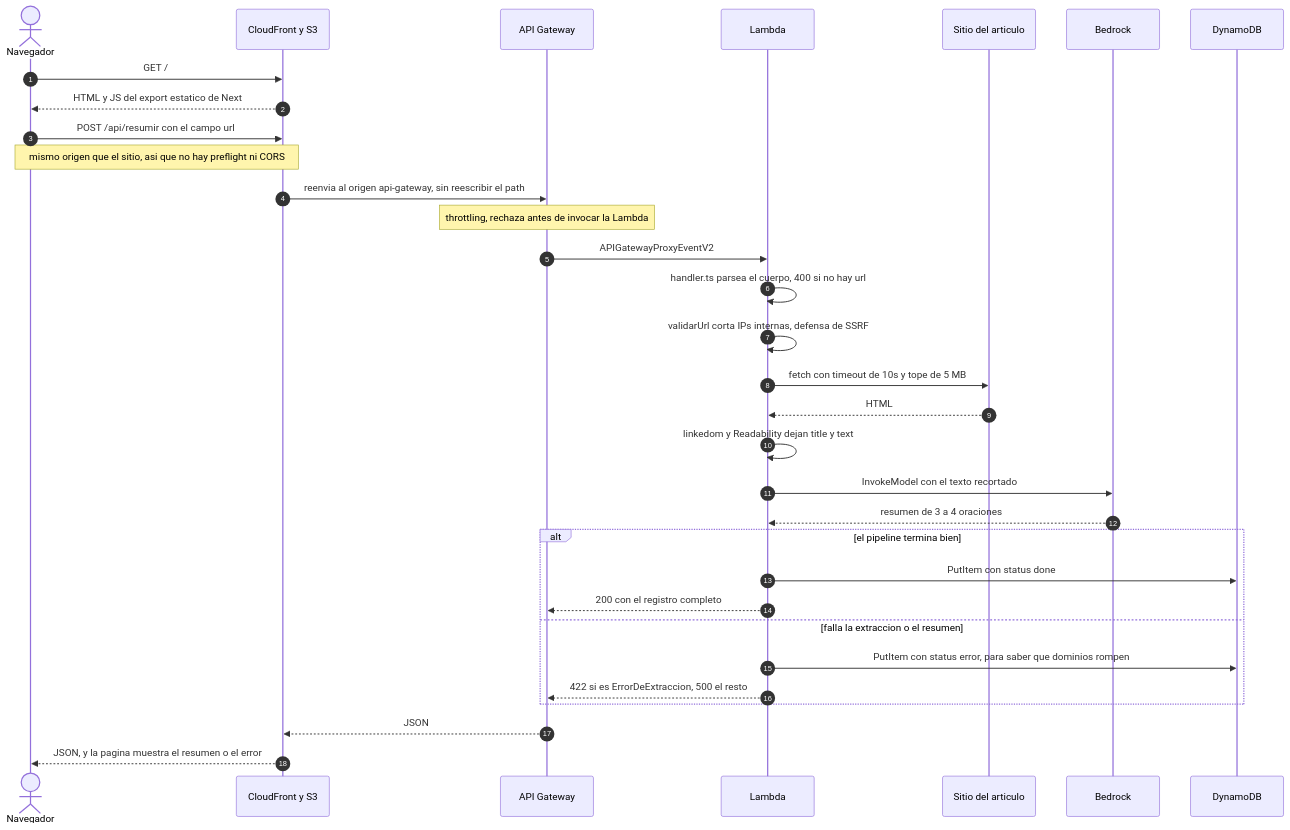
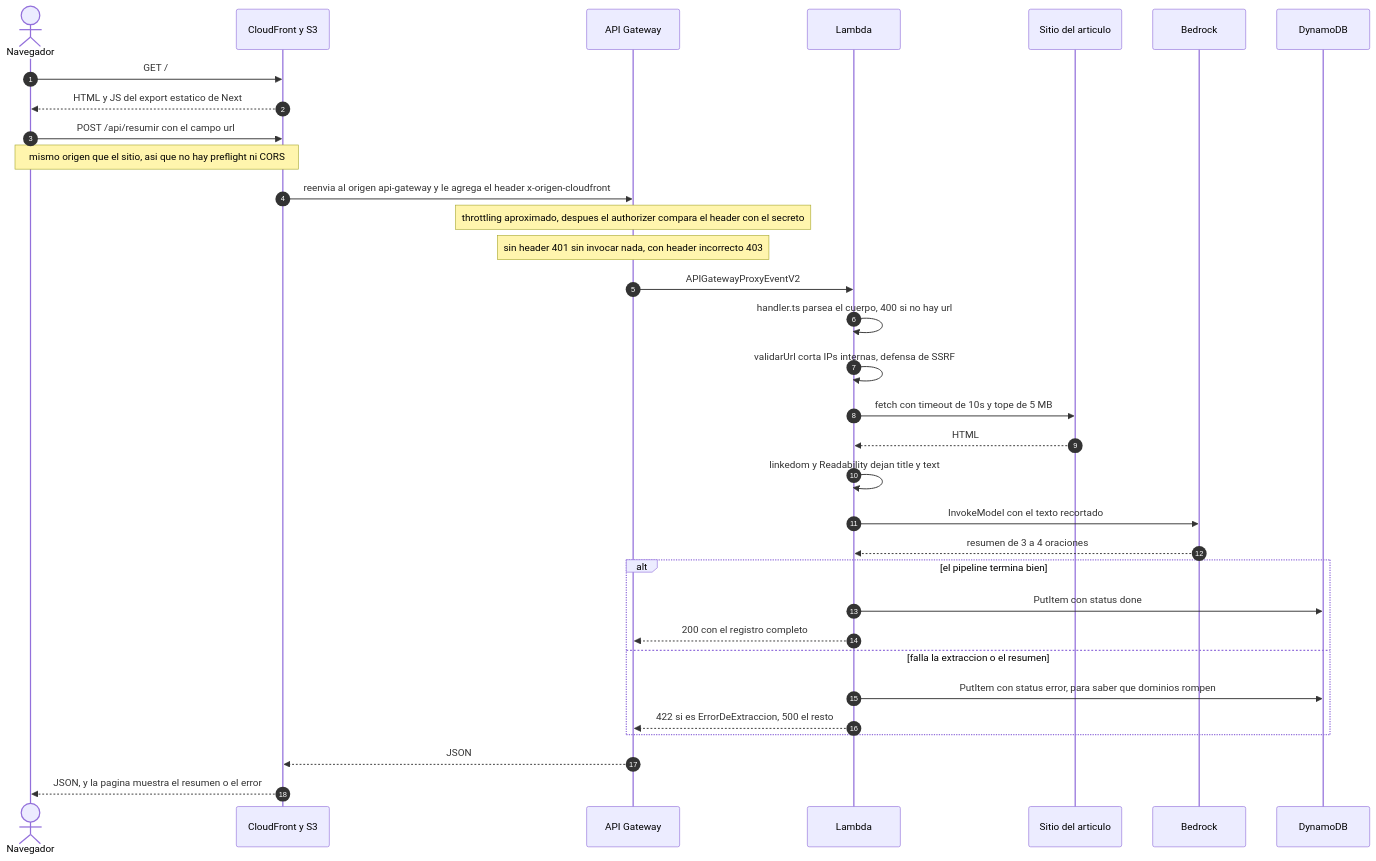
One commit to AugustoSoria/articulos_resumidor changed the diagram in README.md. Above: the diagram before and after it, drawn with Mermaid. The commit also changed other lines of this file and 1 other file, not shown here.

Commit message:
bajo el throttle a 0.5/2 y documento el authorizer y que el throttle no es un techo de gasto

````diff
--- a/README.md
+++ b/README.md
@@ -52,39 +52,40 @@
 ```mermaid
 sequenceDiagram
     autonumber
     actor U as Navegador
     participant CF as CloudFront y S3
     participant API as API Gateway
     participant L as Lambda
     participant W as Sitio del articulo
     participant B as Bedrock
     participant D as DynamoDB
 
     U->>CF: GET /
     CF-->>U: HTML y JS del export estatico de Next
 
     U->>CF: POST /api/resumir con el campo url
     Note over U,CF: mismo origen que el sitio, asi que no hay preflight ni CORS
-    CF->>API: reenvia al origen api-gateway, sin reescribir el path
-    Note over API: throttling, rechaza antes de invocar la Lambda
+    CF->>API: reenvia al origen api-gateway y le agrega el header x-origen-cloudfront
+    Note over API: throttling aproximado, despues el authorizer compara el header con el secreto
+    Note over API: sin header 401 sin invocar nada, con header incorrecto 403
 
     API->>L: APIGatewayProxyEventV2
     L->>L: handler.ts parsea el cuerpo, 400 si no hay url
     L->>L: validarUrl corta IPs internas, defensa de SSRF
     L->>W: fetch con timeout de 10s y tope de 5 MB
     W-->>L: HTML
     L->>L: linkedom y Readability dejan title y text
     L->>B: InvokeModel con el texto recortado
     B-->>L: resumen de 3 a 4 oraciones
 
     alt el pipeline termina bien
         L->>D: PutItem con status done
         L-->>API: 200 con el registro completo
     else falla la extraccion o el resumen
         L->>D: PutItem con status error, para saber que dominios rompen
         L-->>API: 422 si es ErrorDeExtraccion, 500 el resto
     end
 
     API-->>CF: JSON
     CF-->>U: JSON, y la pagina muestra el resumen o el error
 ```
````
